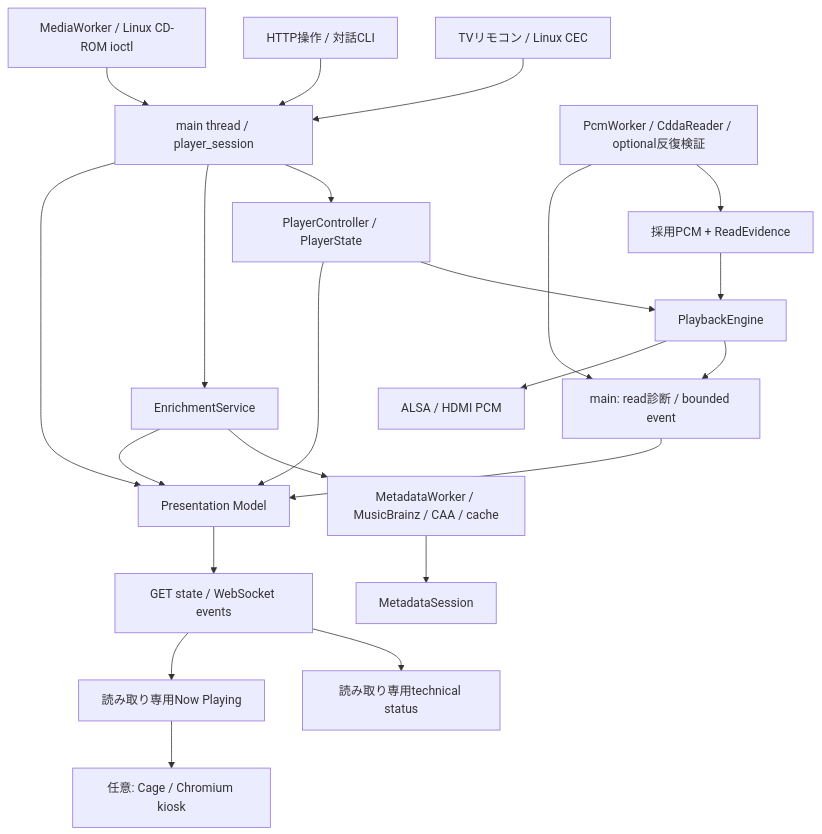
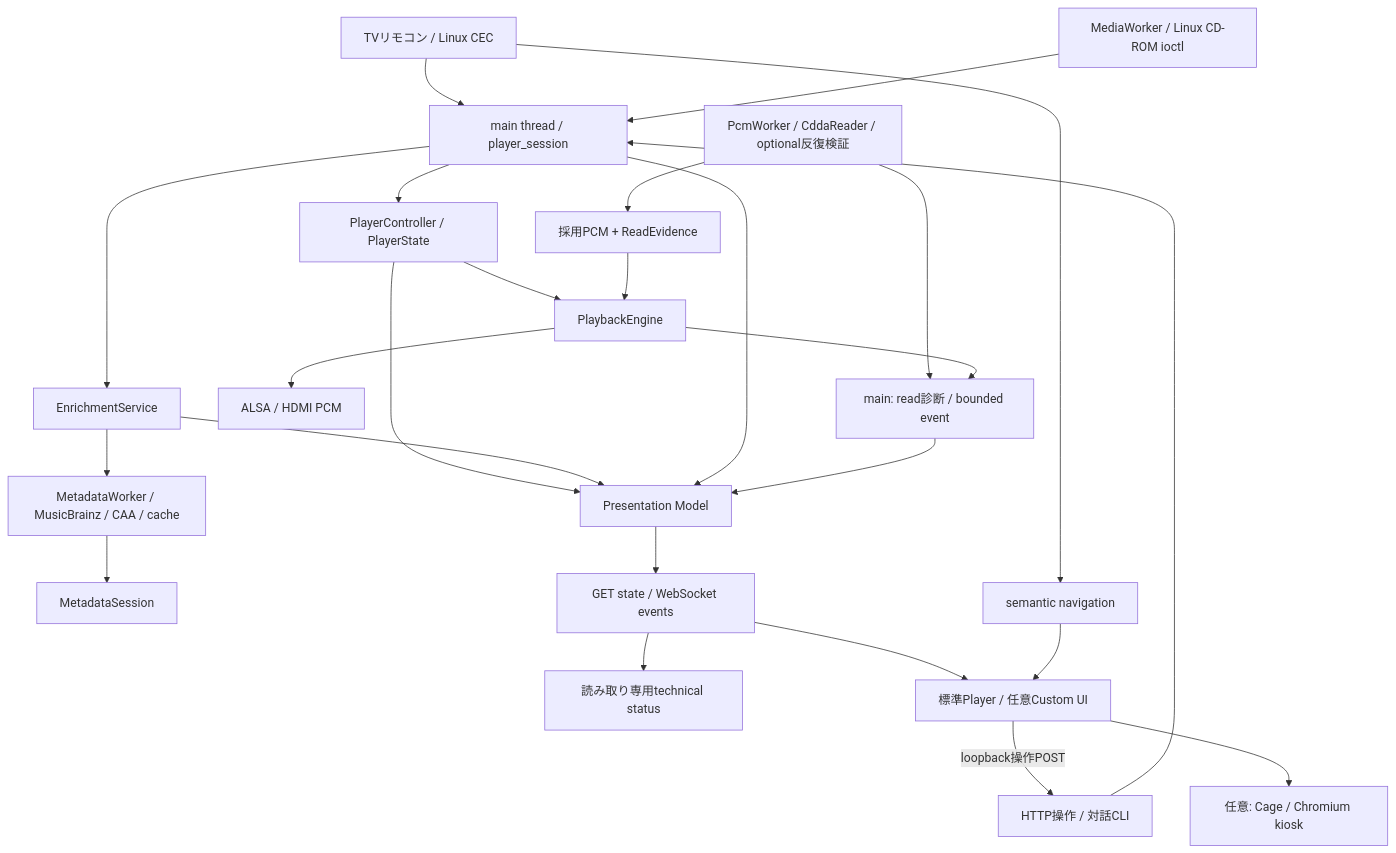
The diagram in docs/design/basic-design.md (udonchan/picdplayer), drawn with Mermaid before and after one commit. The commit also changed other lines of this file and 15 other files, not shown here.

````diff
--- a/docs/design/basic-design.md
+++ b/docs/design/basic-design.md
@@ -33,24 +33,27 @@
 ```mermaid
 flowchart TD
     CEC[TVリモコン / Linux CEC] --> Session[main thread / player_session]
     API[HTTP操作 / 対話CLI] --> Session
     Media[MediaWorker / Linux CD-ROM ioctl] --> Session
     Session --> Controller[PlayerController / PlayerState]
     Controller --> Engine[PlaybackEngine]
     Reader[PcmWorker / CddaReader / optional反復検証] --> Queue[採用PCM + ReadEvidence]
     Queue --> Engine
     Reader --> Evidence[main: read診断 / bounded event]
     Engine --> Evidence
     Engine --> ALSA[ALSA / HDMI PCM]
     Session --> Enrichment[EnrichmentService]
     Enrichment --> Meta[MetadataWorker / MusicBrainz / CAA / cache]
     Meta --> MS[MetadataSession]
     Controller --> Snapshot[Presentation Model]
     Enrichment --> Snapshot
     Session --> Snapshot
     Evidence --> Snapshot
     Snapshot --> Events[GET state / WebSocket events]
     Events --> Technical[読み取り専用technical status]
-    Events --> NowPlaying[読み取り専用Now Playing]
+    Events --> NowPlaying[標準Player / 任意Custom UI]
+    CEC --> Nav[semantic navigation]
+    Nav --> NowPlaying
+    NowPlaying -->|loopback操作POST| API
     NowPlaying --> Kiosk[任意: Cage / Chromium kiosk]
 ```
````
